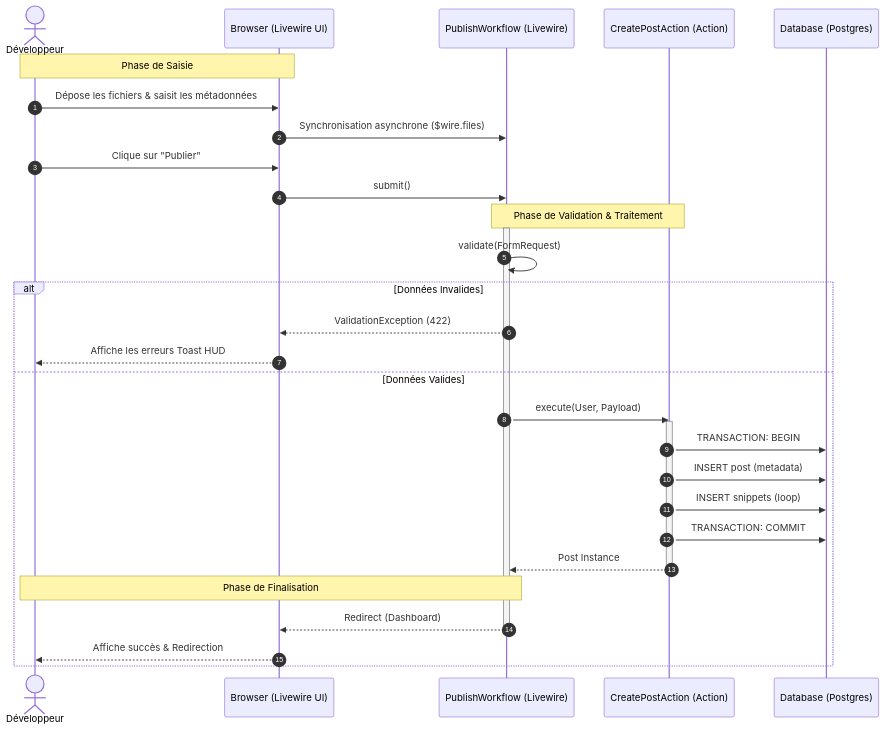
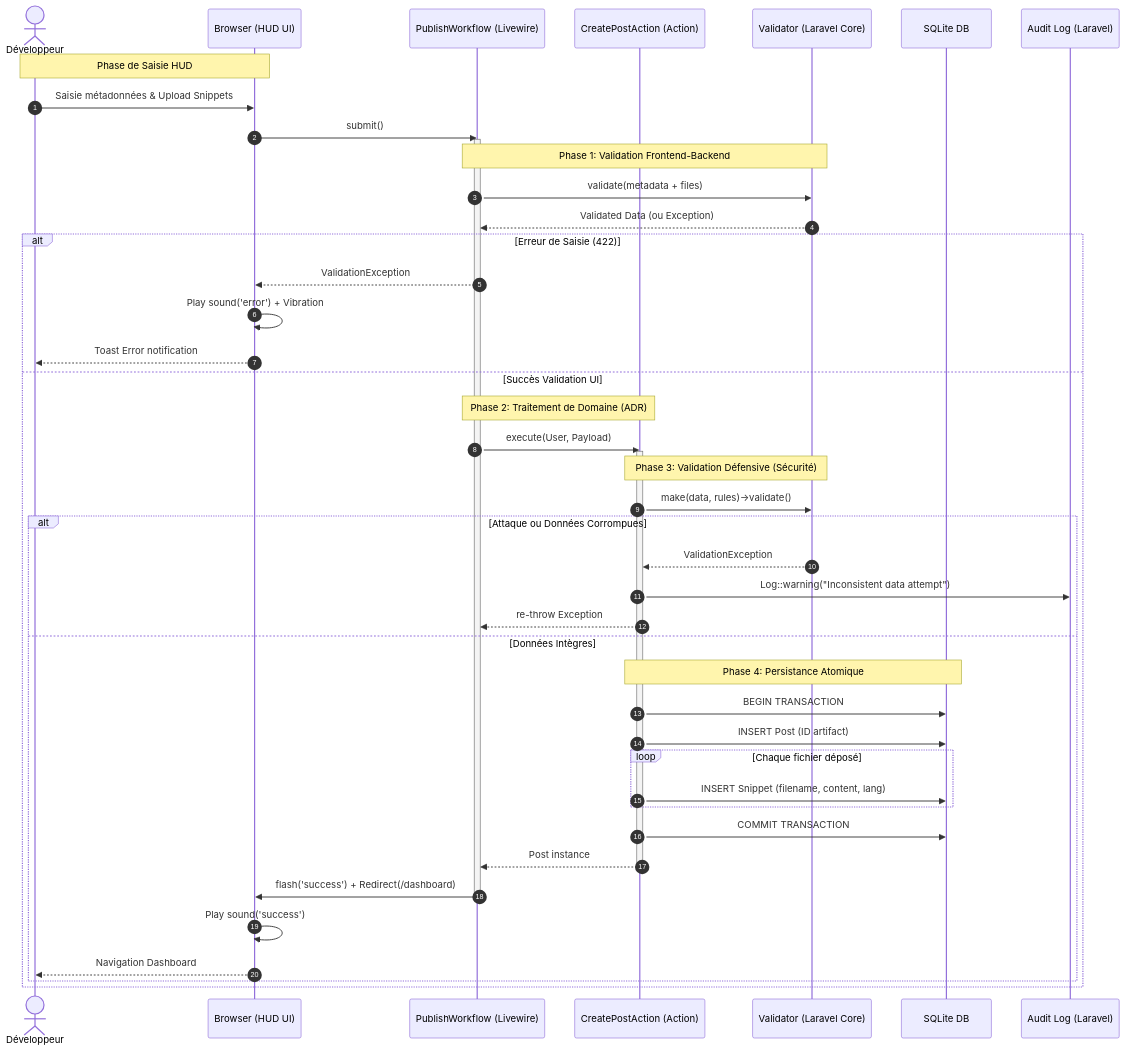
One commit to EnriqueP01/reviewme changed the diagram in us/us12_diagramme_sequence.md. Above: the diagram before and after it, drawn with Mermaid. The commit also changed other lines of this file, not shown here.

Commit message:
docs(us12): update sequence diagram to reflect v2 architecture and security

````diff
--- a/us/us12_diagramme_sequence.md
+++ b/us/us12_diagramme_sequence.md
@@ -15,41 +15,56 @@
 ```mermaid
 sequenceDiagram
     autonumber
     actor Dev as Développeur
-    participant UI as Browser (Livewire UI)
+    participant UI as Browser (HUD UI)
     participant LW as PublishWorkflow (Livewire)
     participant ACT as CreatePostAction (Action)
-    participant DB as Database (Postgres)
+    participant VAL as Validator (Laravel Core)
+    participant DB as SQLite DB
+    participant LOG as Audit Log (Laravel)
 
-    Note over Dev, UI: Phase de Saisie
-    Dev->>UI: Dépose les fichiers & saisit les métadonnées
-    UI->>LW: Synchronisation asynchrone ($wire.files)
+    Note over Dev, UI: Phase de Saisie HUD
+    Dev->>UI: Saisie métadonnées & Upload Snippets
+    UI->>LW: submit()
+    activate LW
+
+    Note over LW, VAL: Phase 1: Validation Frontend-Backend
+    LW->>VAL: validate(metadata + files)
+    VAL-->>LW: Validated Data (ou Exception)
     
-    Dev->>UI: Clique sur "Publier"
-    UI->>LW: submit()
-    
-    Note over LW, ACT: Phase de Validation & Traitement
-    activate LW
-    LW->>LW: validate(FormRequest)
-    
-    alt Données Invalides
-        LW-->>UI: ValidationException (422)
-        UI-->>Dev: Affiche les erreurs Toast HUD
-    else Données Valides
+    alt Erreur de Saisie (422)
+        LW-->>UI: ValidationException
+        UI->>UI: Play sound('error') + Vibration
+        UI-->>Dev: Toast Error notification
+    else Succès Validation UI
+        Note over LW, ACT: Phase 2: Traitement de Domaine (ADR)
         LW->>ACT: execute(User, Payload)
         activate ACT
         
-        ACT->>DB: TRANSACTION: BEGIN
-        ACT->>DB: INSERT post (metadata)
-        ACT->>DB: INSERT snippets (loop)
-        ACT->>DB: TRANSACTION: COMMIT
+        Note over ACT, VAL: Phase 3: Validation Défensive (Sécurité)
+        ACT->>VAL: make(data, rules)->validate()
         
-        ACT-->>LW: Post Instance
-        deactivate ACT
-        
-        Note over LW, Dev: Phase de Finalisation
-        LW-->>UI: Redirect (Dashboard)
-        deactivate LW
-        UI-->>Dev: Affiche succès & Redirection
+        alt Attaque ou Données Corrompues
+            VAL-->>ACT: ValidationException
+            ACT->>LOG: Log::warning("Inconsistent data attempt")
+            ACT-->>LW: re-throw Exception
+        else Données Intègres
+            Note over ACT, DB: Phase 4: Persistance Atomique
+            ACT->>DB: BEGIN TRANSACTION
+            ACT->>DB: INSERT Post (ID artifact)
+            loop Chaque fichier déposé
+                ACT->>DB: INSERT Snippet (filename, content, lang)
+            end
+            ACT->>DB: COMMIT TRANSACTION
+            
+            ACT-->>LW: Post instance
+            deactivate ACT
+            
+            LW->>UI: flash('success') + Redirect(/dashboard)
+            deactivate LW
+            
+            UI->>UI: Play sound('success')
+            UI-->>Dev: Navigation Dashboard
+        end
     end
 ```
````
